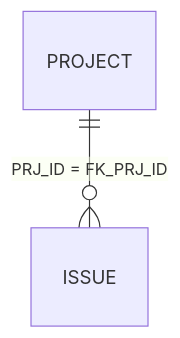
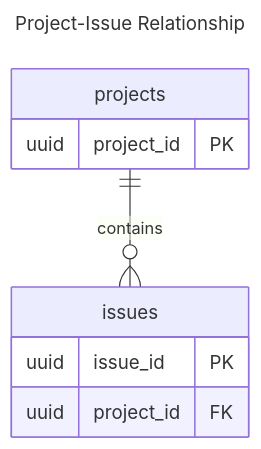
Before and after one commit to jujoycode/hydra: the sixth of 6 diagrams in docs/table-erd.md, drawn with Mermaid. The commit also changed other lines of this file, not shown here.

Commit message:
:sparkles: Table(users, projects, users_projects_link, issues), Relationships(User-Project, Project-Issue)

````diff
--- a/docs/table-erd.md
+++ b/docs/table-erd.md
@@ -35,4 +88,16 @@
 ```mermaid
+---
+title: Project-Issue Relationship
+---
 erDiagram
-    PROJECT ||--o{ ISSUE : "PRJ_ID = FK_PRJ_ID"
+    projects {
+        uuid project_id PK
+    }
+
+    issues {
+        uuid issue_id PK
+        uuid project_id FK
+    }
+
+    projects ||--o{ issues : "contains"
 ```
````
